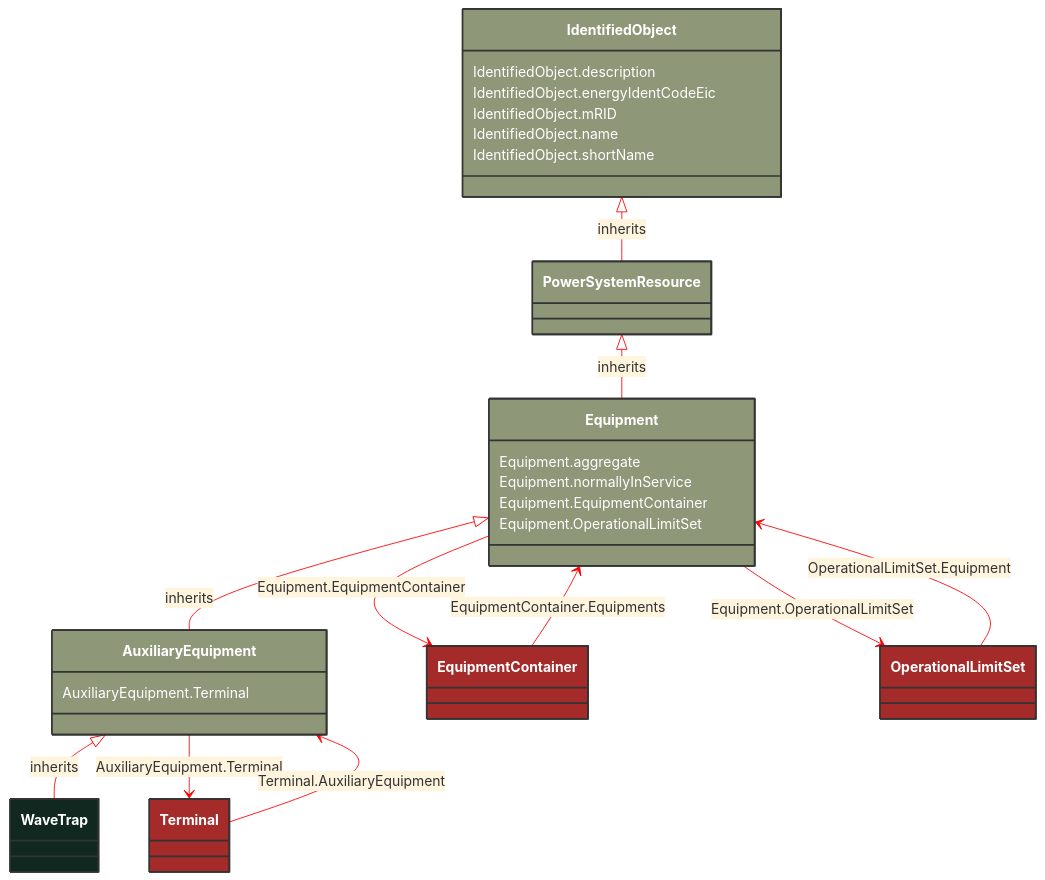
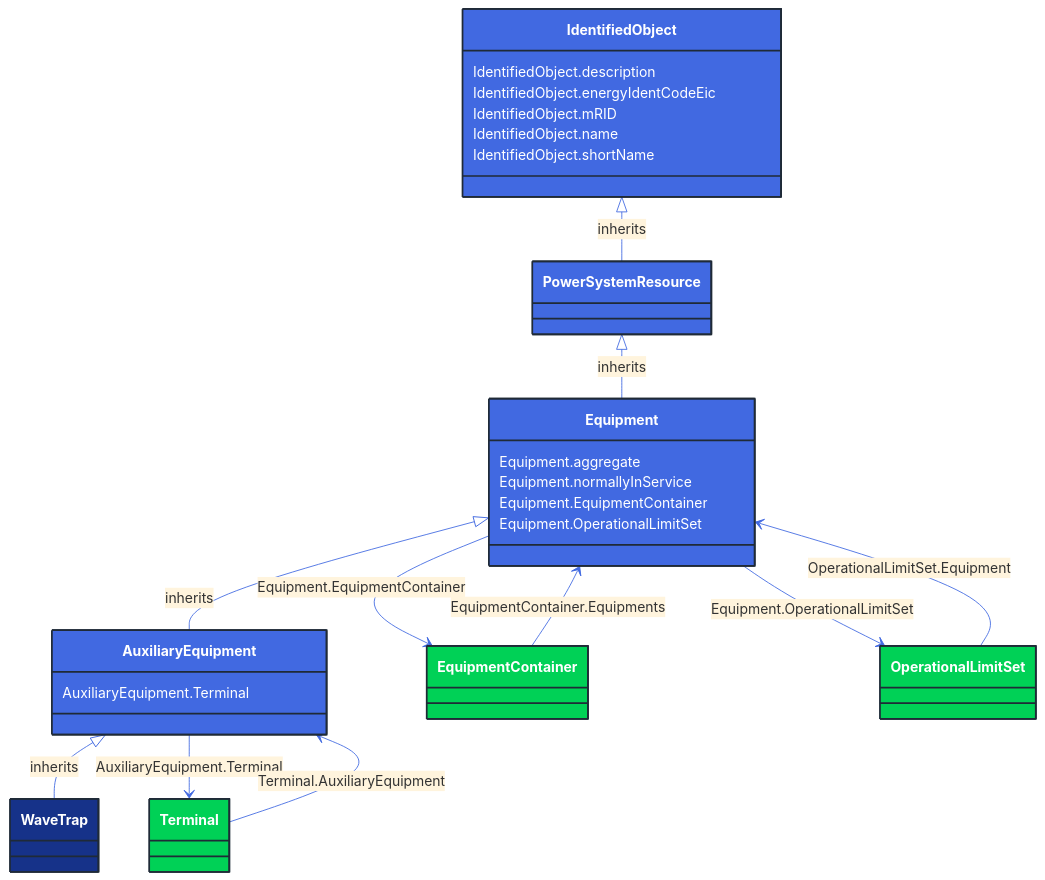
The diagram in docs/Models/Profiles/CoreEquipment/ConcreteClasses/WaveTrap.md (3lbits/NoCIMExtensions), drawn with Mermaid before and after one commit. The commit also changed 362 other files, not shown here.

First line of the commit message:
Update diagrams and styles for improved visual consistency

````diff
--- a/docs/Models/Profiles/CoreEquipment/ConcreteClasses/WaveTrap.md
+++ b/docs/Models/Profiles/CoreEquipment/ConcreteClasses/WaveTrap.md
@@ -8,69 +8,69 @@
 ```mermaid
-%%{init: {'theme':'base','themeVariables': {'lineColor': '#FF0000'}}}%%
+%%{init: {'theme':'base','themeVariables': {'lineColor': '#4169E1'}}}%%
 classDiagram
     class WaveTrap
     click WaveTrap href "/Models/Profiles/CoreEquipment/ConcreteClasses/WaveTrap/"
-    style WaveTrap fill:#102820,stroke:#333,stroke-width:2px,rx:10,ry:10,color:white
+    style WaveTrap fill:#163289,stroke:#1F2A37,stroke-width:2px,rx:10,ry:10,color:white
      
         AuxiliaryEquipment <|-- WaveTrap : inherits
             click AuxiliaryEquipment href "/Models/Profiles/CoreEquipment/AbstractClasses/AuxiliaryEquipment/"
-            style AuxiliaryEquipment fill:#8F9779,stroke:#333,stroke-width:2px,rx:10,ry:10,color:white
+            style AuxiliaryEquipment fill:#4169E1,stroke:#1F2A37,stroke-width:2px,rx:10,ry:10,color:white
      
         Equipment <|-- AuxiliaryEquipment : inherits
             click Equipment href "/Models/Profiles/CoreEquipment/AbstractClasses/Equipment/"
-            style Equipment fill:#8F9779,stroke:#333,stroke-width:2px,rx:10,ry:10,color:white
+            style Equipment fill:#4169E1,stroke:#1F2A37,stroke-width:2px,rx:10,ry:10,color:white
      
         PowerSystemResource <|-- Equipment : inherits
             click PowerSystemResource href "/Models/Profiles/CoreEquipment/AbstractClasses/PowerSystemResource/"
-            style PowerSystemResource fill:#8F9779,stroke:#333,stroke-width:2px,rx:10,ry:10,color:white
+            style PowerSystemResource fill:#4169E1,stroke:#1F2A37,stroke-width:2px,rx:10,ry:10,color:white
      
         IdentifiedObject <|-- PowerSystemResource : inherits
             click IdentifiedObject href "/Models/Profiles/CoreEquipment/AbstractClasses/IdentifiedObject/"
-            style IdentifiedObject fill:#8F9779,stroke:#333,stroke-width:2px,rx:10,ry:10,color:white
+            style IdentifiedObject fill:#4169E1,stroke:#1F2A37,stroke-width:2px,rx:10,ry:10,color:white
 
         AuxiliaryEquipment --> Terminal : AuxiliaryEquipment.Terminal
 
         Terminal
             click Terminal href "/Models/Profiles/CoreEquipment/ConcreteClasses/Terminal/"
-            style Terminal fill:#A52A2A,stroke:#333,stroke-width:2px,rx:10,ry:10,color:white
+            style Terminal fill:#00D156,stroke:#1F2A37,stroke-width:2px,rx:10,ry:10,color:white
         Equipment --> EquipmentContainer : Equipment.EquipmentContainer
 
         EquipmentContainer
             click EquipmentContainer href "/Models/Profiles/CoreEquipment/AbstractClasses/EquipmentContainer/"
-            style EquipmentContainer fill:#A52A2A,stroke:#333,stroke-width:2px,rx:10,ry:10,color:white
+            style EquipmentContainer fill:#00D156,stroke:#1F2A37,stroke-width:2px,rx:10,ry:10,color:white
         Equipment --> OperationalLimitSet : Equipment.OperationalLimitSet
 
         OperationalLimitSet
             click OperationalLimitSet href "/Models/Profiles/CoreEquipment/ConcreteClasses/OperationalLimitSet/"
-            style OperationalLimitSet fill:#A52A2A,stroke:#333,stroke-width:2px,rx:10,ry:10,color:white
+            style OperationalLimitSet fill:#00D156,stroke:#1F2A37,stroke-width:2px,rx:10,ry:10,color:white
 
         EquipmentContainer --> Equipment : EquipmentContainer.Equipments
 
         EquipmentContainer
             click EquipmentContainer href "/Models/Profiles/CoreEquipment/AbstractClasses/EquipmentContainer/"
-            style EquipmentContainer fill:#A52A2A,stroke:#333,stroke-width:2px,rx:10,ry:10,color:white
+            style EquipmentContainer fill:#00D156,stroke:#1F2A37,stroke-width:2px,rx:10,ry:10,color:white
 
         OperationalLimitSet --> Equipment : OperationalLimitSet.Equipment
 
         OperationalLimitSet
             click OperationalLimitSet href "/Models/Profiles/CoreEquipment/ConcreteClasses/OperationalLimitSet/"
-            style OperationalLimitSet fill:#A52A2A,stroke:#333,stroke-width:2px,rx:10,ry:10,color:white
+            style OperationalLimitSet fill:#00D156,stroke:#1F2A37,stroke-width:2px,rx:10,ry:10,color:white
 
         Terminal --> AuxiliaryEquipment : Terminal.AuxiliaryEquipment
 
         Terminal
             click Terminal href "/Models/Profiles/CoreEquipment/ConcreteClasses/Terminal/"
-            style Terminal fill:#A52A2A,stroke:#333,stroke-width:2px,rx:10,ry:10,color:white
+            style Terminal fill:#00D156,stroke:#1F2A37,stroke-width:2px,rx:10,ry:10,color:white
 
 
         AuxiliaryEquipment : AuxiliaryEquipment.Terminal
         Equipment : Equipment.aggregate
         Equipment : Equipment.normallyInService
         Equipment : Equipment.EquipmentContainer
         Equipment : Equipment.OperationalLimitSet
         IdentifiedObject : IdentifiedObject.description
         IdentifiedObject : IdentifiedObject.energyIdentCodeEic
         IdentifiedObject : IdentifiedObject.mRID
         IdentifiedObject : IdentifiedObject.name
         IdentifiedObject : IdentifiedObject.shortName
 ```
````
